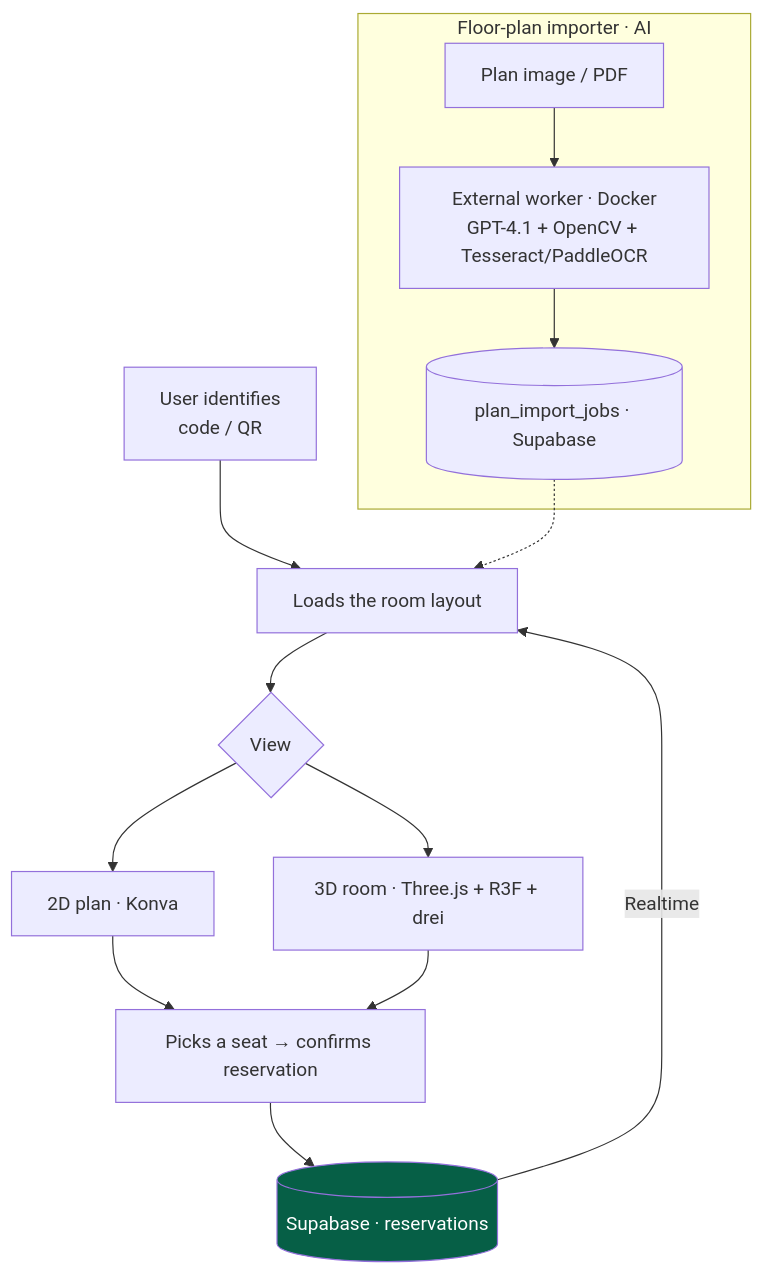
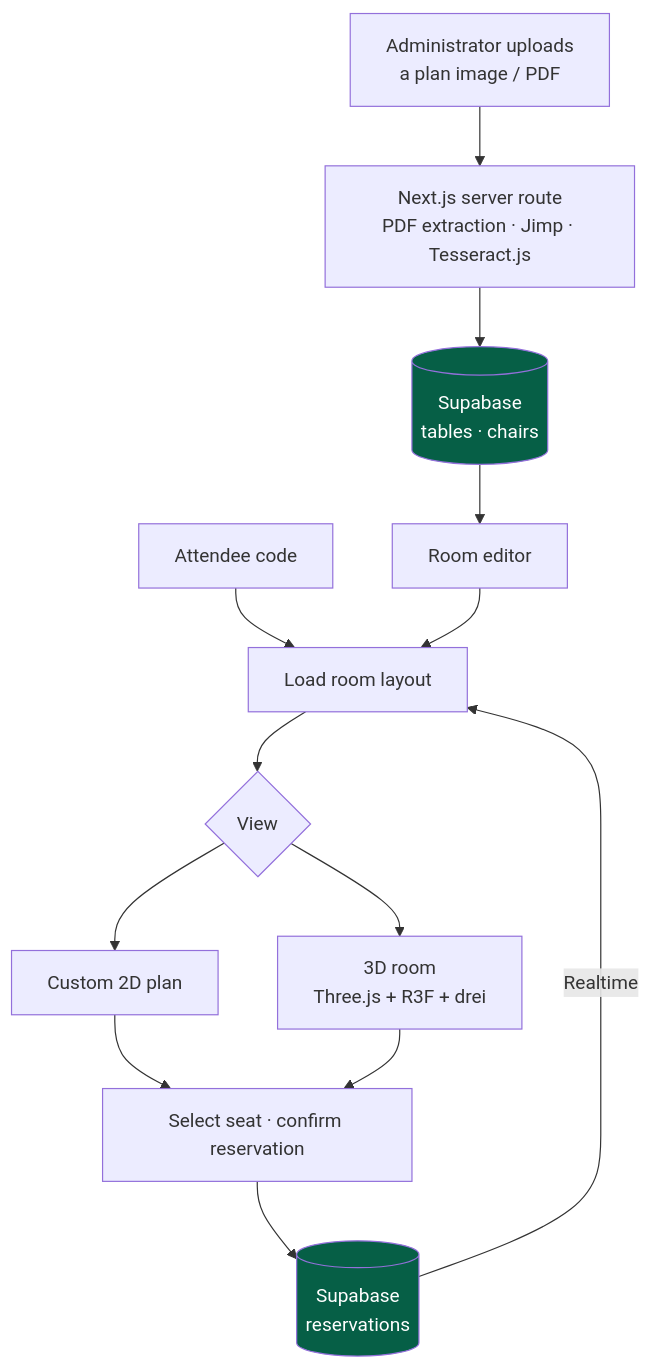
The diagram in projects/floor-planner.md (aleglope/production-systems-case-studies), drawn with Mermaid before and after one commit. The commit also changed other lines of this file and 25 other files, not shown here.

````diff
--- a/projects/floor-planner.md
+++ b/projects/floor-planner.md
@@ -25,19 +29,19 @@
 ```mermaid
 flowchart TB
-    ID["User identifies<br/>code / QR"] --> ROOM["Loads the room layout"]
+    ID["Attendee code"] --> ROOM["Load room layout"]
     ROOM --> VIEW{"View"}
-    VIEW --> V2D["2D plan · Konva"]
-    VIEW --> V3D["3D room · Three.js + R3F + drei"]
-    V2D --> SEAT["Picks a seat → confirms reservation"]
+    VIEW --> V2D["Custom 2D plan"]
+    VIEW --> V3D["3D room<br/>Three.js + R3F + drei"]
+    V2D --> SEAT["Select seat · confirm reservation"]
     V3D --> SEAT
-    SEAT --> SUPA[("Supabase · reservations")]
+    SEAT --> SUPA[("Supabase<br/>reservations")]
     SUPA -- "Realtime" --> ROOM
 
-    subgraph IMPORT["Floor-plan importer · AI"]
-        IMG["Plan image / PDF"] --> WORKER["External worker · Docker<br/>GPT-4.1 + OpenCV + Tesseract/PaddleOCR"]
-        WORKER --> JOB[("plan_import_jobs · Supabase")]
-    end
-    JOB -.-> ROOM
+    FILE["Administrator uploads<br/>a plan image / PDF"] --> IMPORT["Next.js server route<br/>PDF extraction · Jimp · Tesseract.js"]
+    IMPORT --> LAYOUT[("Supabase<br/>tables · chairs")]
+    LAYOUT --> EDIT["Room editor"]
+    EDIT --> ROOM
 
     style SUPA fill:#065f46,color:#fff
+    style LAYOUT fill:#065f46,color:#fff
 ```
````
